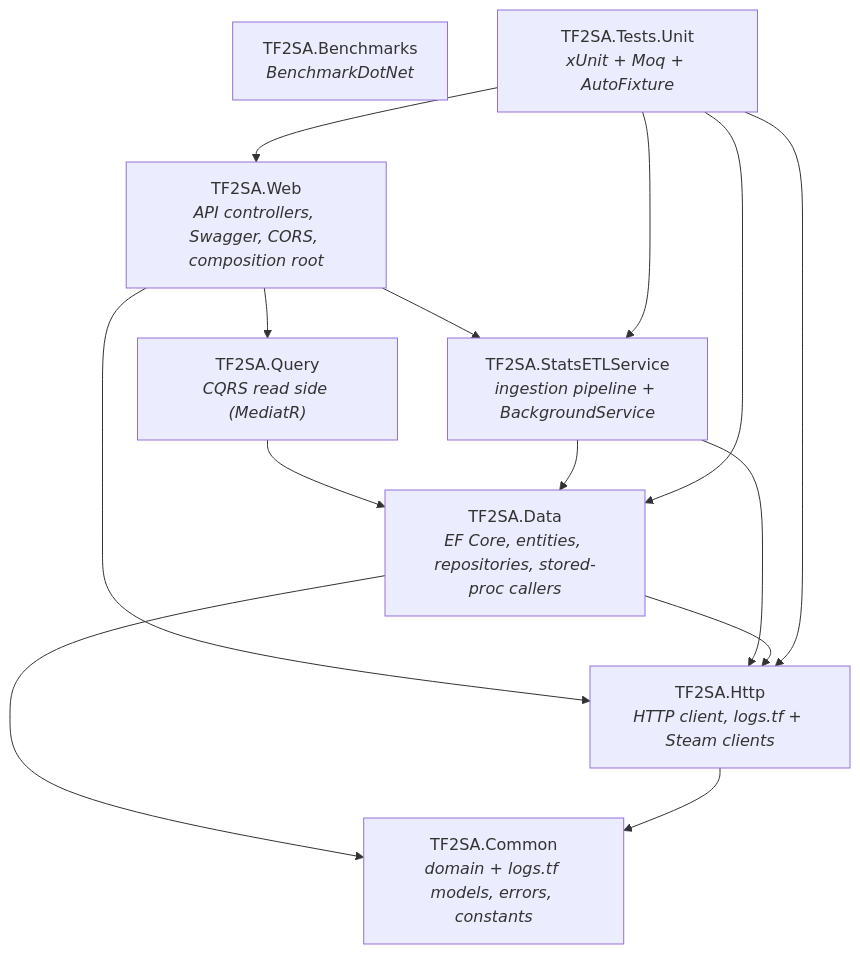
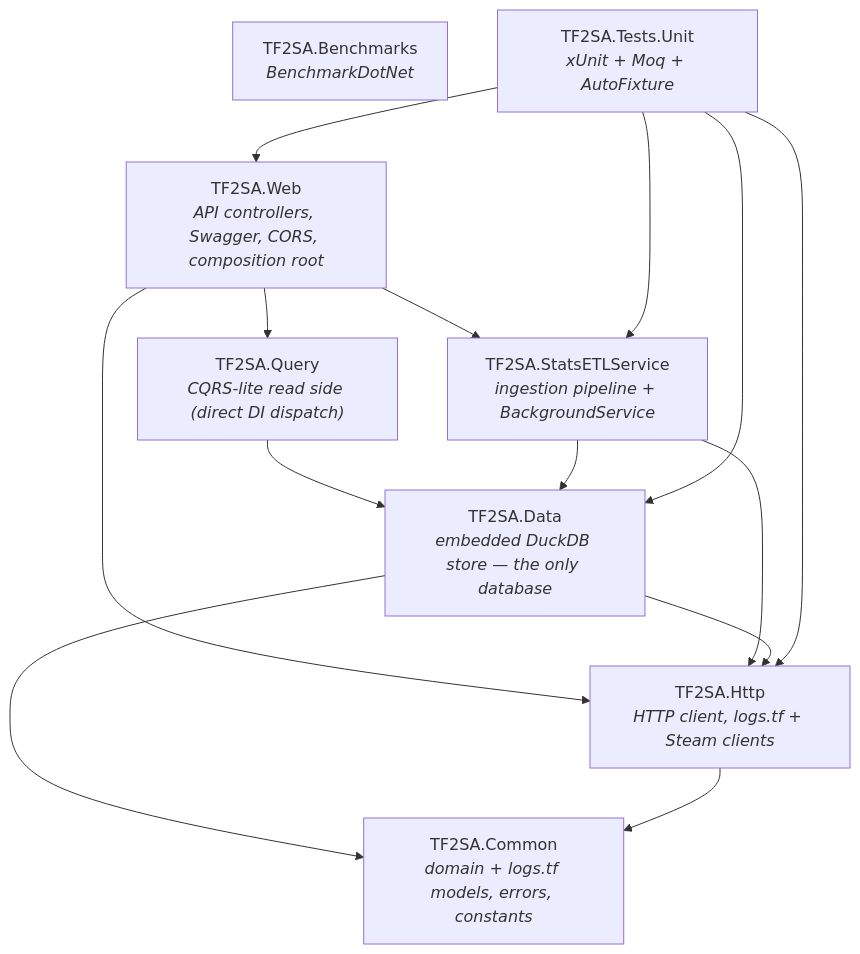
Before and after one commit to DeradoZA/tf2sa: the third of 3 diagrams in docs/architecture/overview.md, drawn with Mermaid. The commit also changed other lines of this file and 17 other files, not shown here.

````diff
--- a/docs/architecture/overview.md
+++ b/docs/architecture/overview.md
@@ -108,25 +112,25 @@
 ```mermaid
 flowchart TD
     Web["TF2SA.Web<br/><i>API controllers, Swagger, CORS, composition root</i>"]
-    Query["TF2SA.Query<br/><i>CQRS read side (MediatR)</i>"]
+    Query["TF2SA.Query<br/><i>CQRS-lite read side (direct DI dispatch)</i>"]
     ETL["TF2SA.StatsETLService<br/><i>ingestion pipeline + BackgroundService</i>"]
-    Data["TF2SA.Data<br/><i>EF Core, entities, repositories, stored-proc callers</i>"]
+    Data["TF2SA.Data<br/><i>embedded DuckDB store — the only database</i>"]
     Http["TF2SA.Http<br/><i>HTTP client, logs.tf + Steam clients</i>"]
     Common["TF2SA.Common<br/><i>domain + logs.tf models, errors, constants</i>"]
     Bench["TF2SA.Benchmarks<br/><i>BenchmarkDotNet</i>"]
     Tests["TF2SA.Tests.Unit<br/><i>xUnit + Moq + AutoFixture</i>"]
 
     Web --> Query
     Web --> ETL
     Web --> Http
     Query --> Data
     ETL --> Data
     ETL --> Http
     Data --> Http
     Data --> Common
     Http --> Common
     Tests --> Web
     Tests --> ETL
     Tests --> Data
     Tests --> Http
 ```
````
